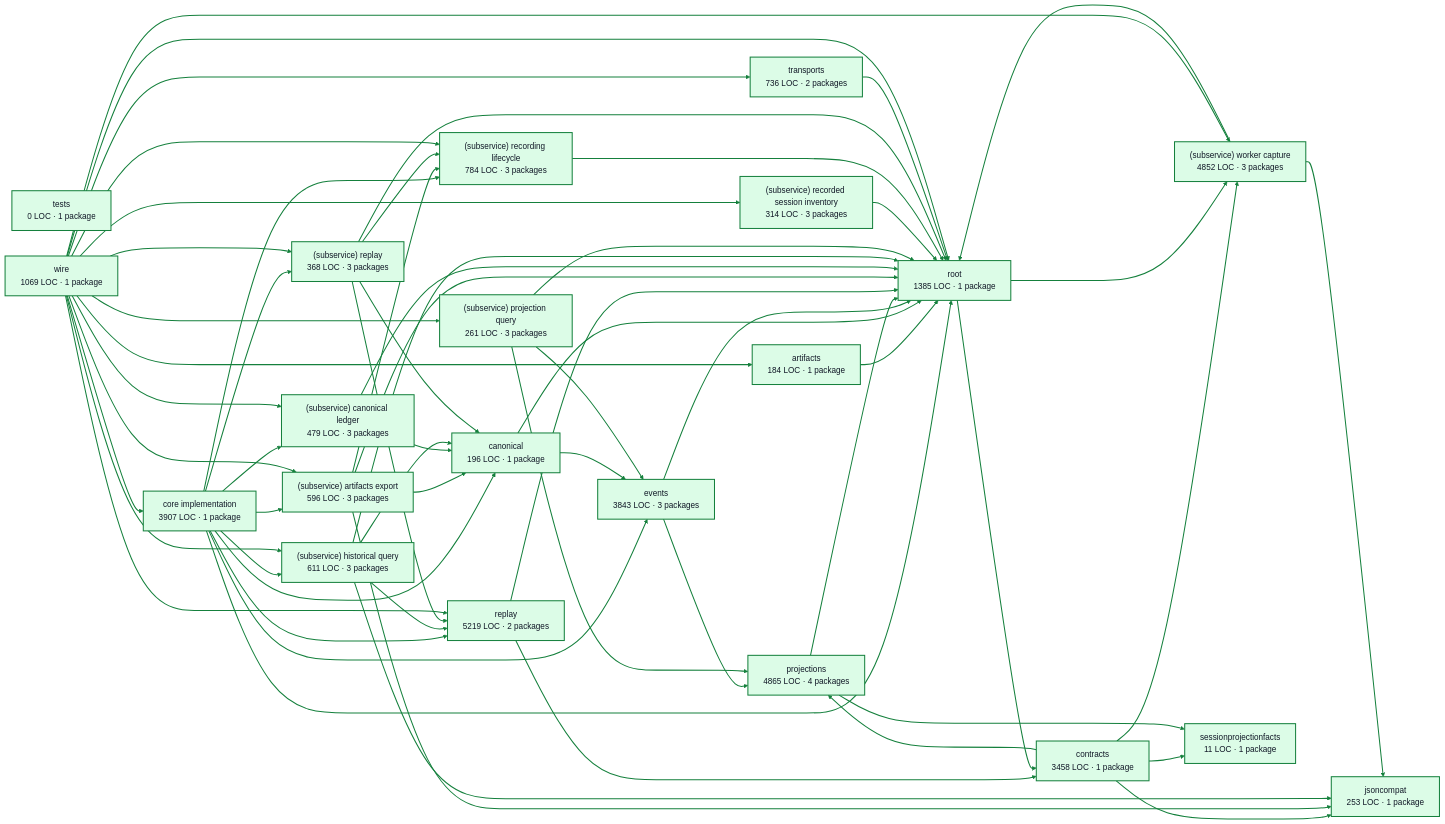
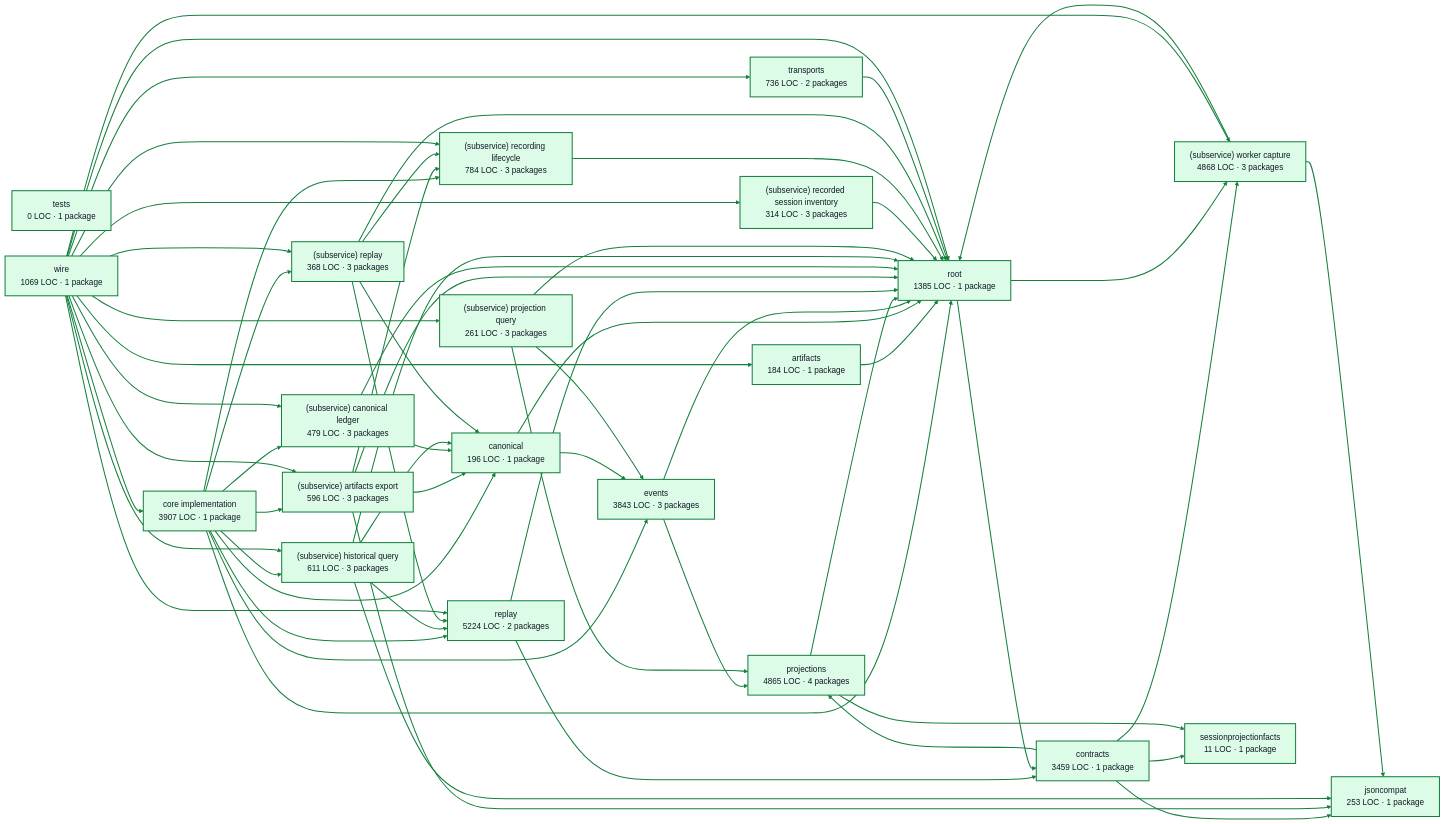
One commit to portpowered/you-agent-factory changed the diagram in docs/architecture/visualizations/services/recordings.md. Above: the diagram before and after it, drawn with Mermaid. The commit also changed other lines of this file and 20 other files, not shown here.

Commit message:
docs: refresh backend architecture visualizations

```diff
--- a/docs/architecture/visualizations/services/recordings.md
+++ b/docs/architecture/visualizations/services/recordings.md
@@ -13,11 +13,11 @@
   p0["core implementation<br/>3907 LOC · 1 package"]
   p1["artifacts<br/>184 LOC · 1 package"]
   p2["canonical<br/>196 LOC · 1 package"]
-  p3["contracts<br/>3458 LOC · 1 package"]
+  p3["contracts<br/>3459 LOC · 1 package"]
   p4["events<br/>3843 LOC · 3 packages"]
   p5["jsoncompat<br/>253 LOC · 1 package"]
   p6["projections<br/>4865 LOC · 4 packages"]
-  p7["replay<br/>5219 LOC · 2 packages"]
+  p7["replay<br/>5224 LOC · 2 packages"]
   p8["(subservice) artifacts export<br/>596 LOC · 3 packages"]
   p9["(subservice) canonical ledger<br/>479 LOC · 3 packages"]
   p10["(subservice) historical query<br/>611 LOC · 3 packages"]
@@ -25,7 +25,7 @@
   p12["(subservice) recorded session inventory<br/>314 LOC · 3 packages"]
   p13["(subservice) recording lifecycle<br/>784 LOC · 3 packages"]
   p14["(subservice) replay<br/>368 LOC · 3 packages"]
-  p15["(subservice) worker capture<br/>4852 LOC · 3 packages"]
+  p15["(subservice) worker capture<br/>4868 LOC · 3 packages"]
   p16["sessionprojectionfacts<br/>11 LOC · 1 package"]
   p17["tests<br/>0 LOC · 1 package"]
   p18["root<br/>1385 LOC · 1 package"]
```
